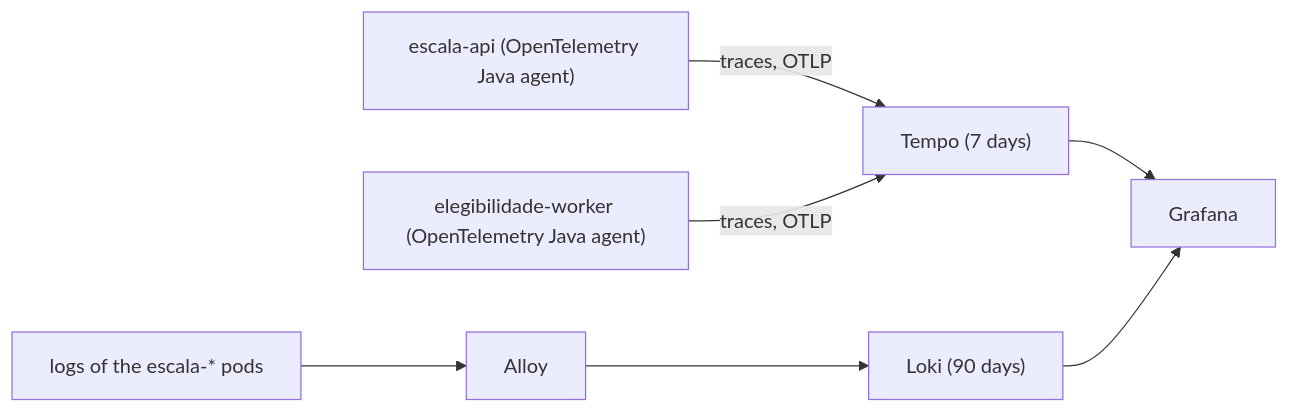
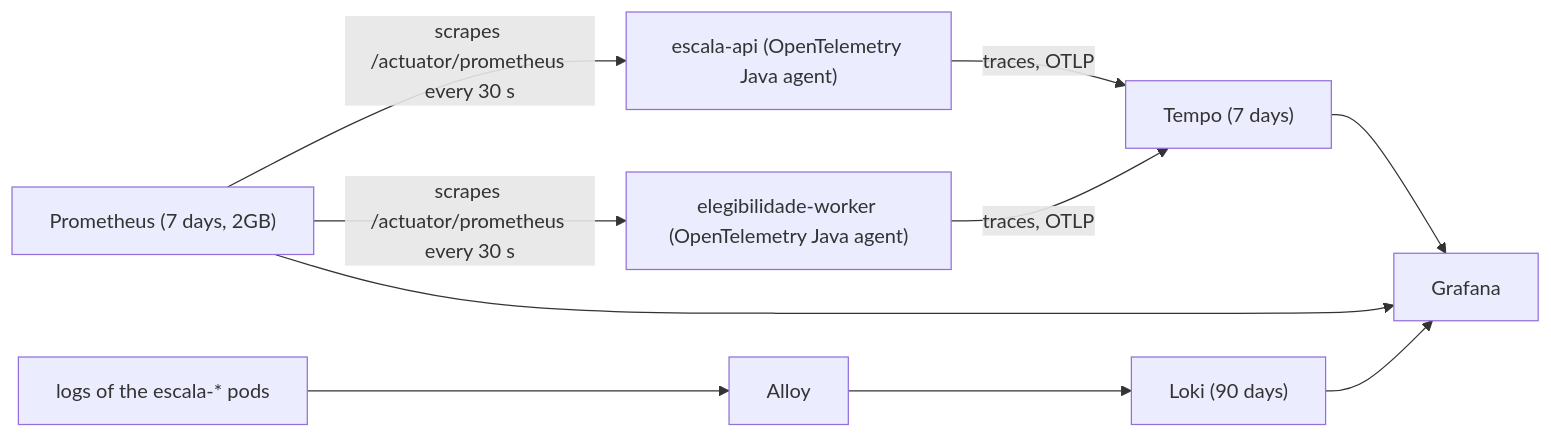
The second of 2 diagrams in README.md (DiogoC0307/LABDSOF_2627_1221137_1211439_1211514_1250505), drawn with Mermaid before and after one commit. The commit also changed other lines of this file and 15 other files, not shown here.

Commit message:
chore(observability): Prometheus for the three environments, scraping the pods every 30 s, 7 days and 2GB, Grafana datasource and dashboard provisioning, SCRUM-97

````diff
--- a/README.md
+++ b/README.md
@@ -257,8 +257,11 @@
 ```mermaid
 flowchart LR
   API["escala-api (OpenTelemetry Java agent)"] -->|"traces, OTLP"| TEMPO["Tempo (7 days)"]
   WORKER["elegibilidade-worker (OpenTelemetry Java agent)"] -->|"traces, OTLP"| TEMPO
   PODS["logs of the escala-* pods"] --> ALLOY["Alloy"] --> LOKI["Loki (90 days)"]
   TEMPO --> GRAFANA["Grafana"]
   LOKI --> GRAFANA
+  PROM["Prometheus (7 days, 2GB)"] -->|"scrapes /actuator/prometheus every 30 s"| API
+  PROM -->|"scrapes /actuator/prometheus every 30 s"| WORKER
+  PROM --> GRAFANA
 ```
````
